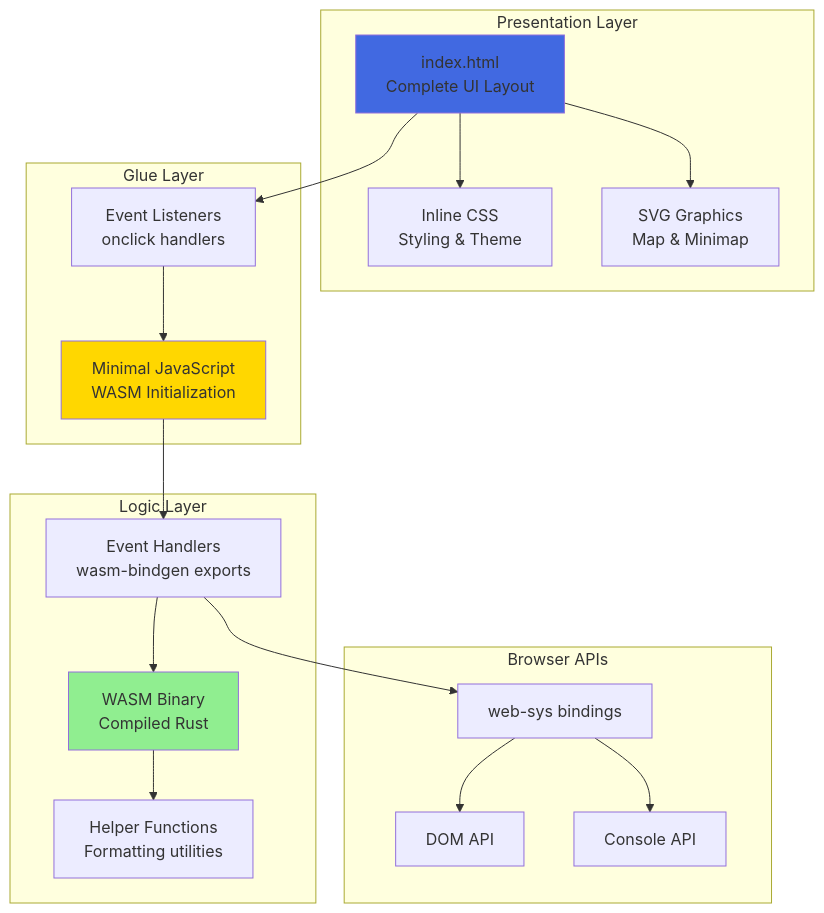
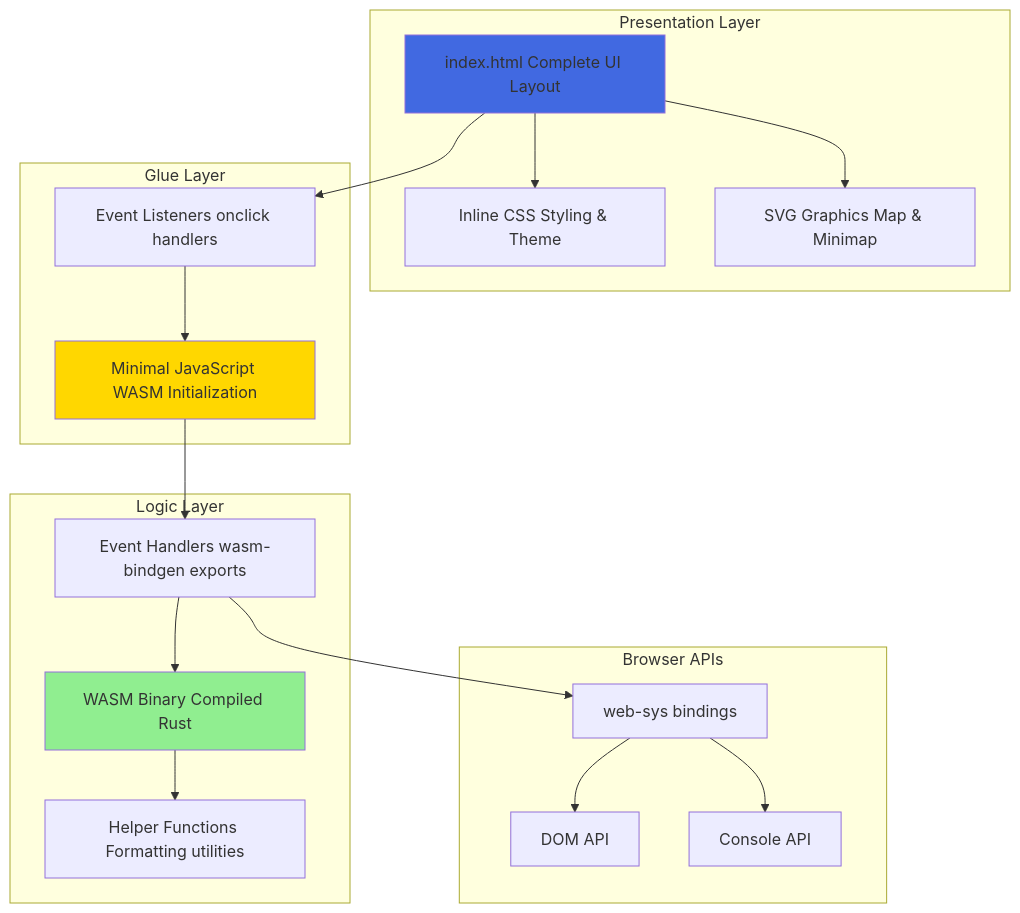
Before and after one commit to softwarewrighter/rts_mock: the first of 7 diagrams in wiki/Architecture.md, drawn with Mermaid. The commit also changed other lines of this file and 5 other files, not shown here.

First line of the commit message:
Fix wiki Mermaid diagrams: remove <br/> tags

````diff
--- a/wiki/Architecture.md
+++ b/wiki/Architecture.md
@@ -9,40 +9,40 @@
 ```mermaid
 graph TB
     subgraph "Presentation Layer"
-        HTML[index.html<br/>Complete UI Layout]
-        CSS[Inline CSS<br/>Styling & Theme]
-        SVG[SVG Graphics<br/>Map & Minimap]
+        HTML[index.html Complete UI Layout]
+        CSS[Inline CSS Styling & Theme]
+        SVG[SVG Graphics Map & Minimap]
     end
 
     subgraph "Glue Layer"
-        JS[Minimal JavaScript<br/>WASM Initialization]
-        JSEVT[Event Listeners<br/>onclick handlers]
+        JS[Minimal JavaScript WASM Initialization]
+        JSEVT[Event Listeners onclick handlers]
     end
 
     subgraph "Logic Layer"
-        WASM[WASM Binary<br/>Compiled Rust]
-        HANDLERS[Event Handlers<br/>wasm-bindgen exports]
-        HELPERS[Helper Functions<br/>Formatting utilities]
+        WASM[WASM Binary Compiled Rust]
+        HANDLERS[Event Handlers wasm-bindgen exports]
+        HELPERS[Helper Functions Formatting utilities]
     end
 
     subgraph "Browser APIs"
         DOM[DOM API]
         CONSOLE[Console API]
         WEBSYS[web-sys bindings]
     end
 
     HTML --> CSS
     HTML --> SVG
     HTML --> JSEVT
     JSEVT --> JS
     JS --> HANDLERS
     HANDLERS --> WASM
     WASM --> HELPERS
     HANDLERS --> WEBSYS
     WEBSYS --> DOM
     WEBSYS --> CONSOLE
 
     style WASM fill:#90EE90
     style HTML fill:#4169E1
     style JS fill:#FFD700
 ```
````
